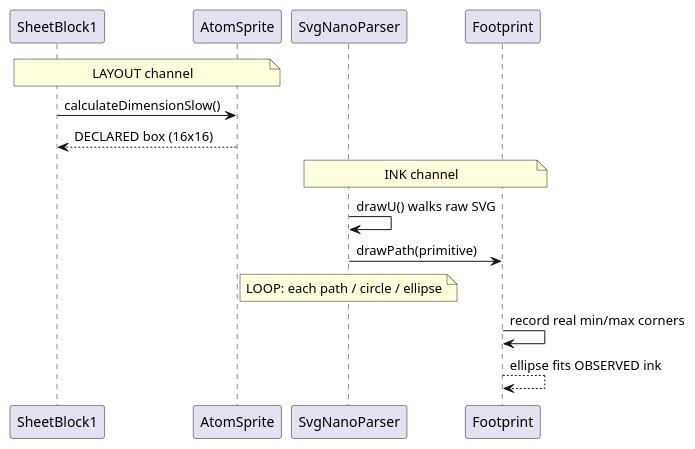
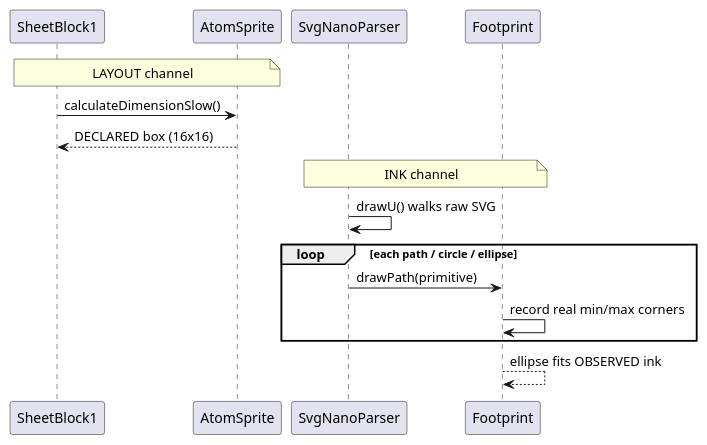
The first of 3 diagrams in plans/svg-sprite-nanoparser/diagrams/data-flow.md (knowvah/plantuml-ts), drawn with PlantUML before and after one commit. The commit also changed other lines of this file and 13 other files, not shown here.

First line of the commit message:
docs: restore real alt/else/loop grouping in the converted diagrams

````diff
--- a/plans/svg-sprite-nanoparser/diagrams/data-flow.md
+++ b/plans/svg-sprite-nanoparser/diagrams/data-flow.md
@@ -9,20 +9,18 @@
 ```plantuml
 @startuml
-' NOTE: mermaid grouping flattened -- alt/opt/loop/group render the whole
-' diagram EMPTY in plantuml-ts today (.agent-notes/plantuml-sequence-group-empty.md).
-' Original nesting: loop each path / circle / ellipse
 participant "SheetBlock1" as Sheet
 participant "AtomSprite" as Atom
 participant "SvgNanoParser" as Nano
 participant "Footprint" as FP
 note over Sheet,Atom : LAYOUT channel
 Sheet -> Atom : calculateDimensionSlow()
 Atom --> Sheet : DECLARED box (16x16)
 note over Nano,FP : INK channel
 Nano -> Nano : drawU() walks raw SVG
-Nano -> FP : drawPath(primitive)
-note over Nano : LOOP: each path / circle / ellipse
-FP -> FP : record real min/max corners
+loop each path / circle / ellipse
+  Nano -> FP : drawPath(primitive)
+  FP -> FP : record real min/max corners
+end
 FP --> FP : ellipse fits OBSERVED ink
 @enduml
 ```
````
